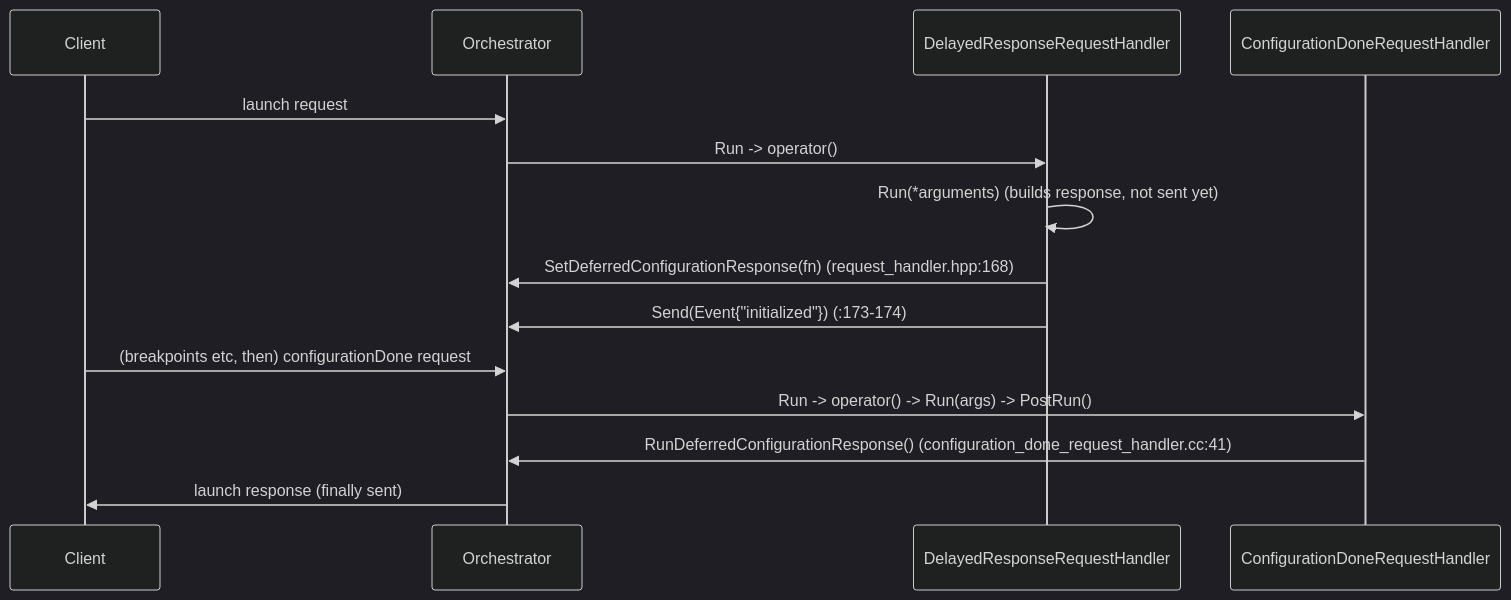
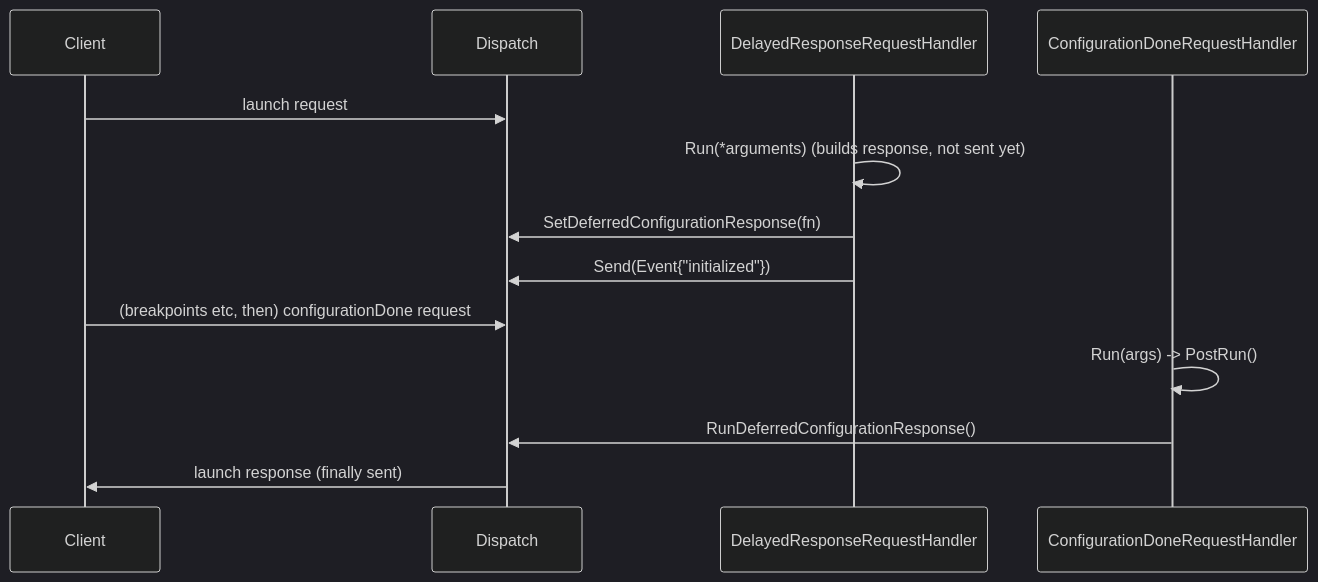
One commit to Hasnaoui-Youssef/trailer_vibes changed the second of 2 diagrams in docs/architecture/03-request-sequence.md. Above: the diagram before and after it, drawn with Mermaid (dark theme). The commit also changed other lines of this file and 132 other files, not shown here.

````diff
--- a/docs/architecture/03-request-sequence.md
+++ b/docs/architecture/03-request-sequence.md
@@ -48,17 +60,16 @@
 ```mermaid
 sequenceDiagram
     participant Client
-    participant Orchestrator
+    participant Dispatch
     participant LaunchHandler as DelayedResponseRequestHandler
     participant ConfigDone as ConfigurationDoneRequestHandler
 
-    Client->>Orchestrator: launch request
-    Orchestrator->>LaunchHandler: Run -> operator()
+    Client->>Dispatch: launch request
     LaunchHandler->>LaunchHandler: Run(*arguments) (builds response, not sent yet)
-    LaunchHandler->>Orchestrator: SetDeferredConfigurationResponse(fn) (request_handler.hpp:168)
-    LaunchHandler->>Orchestrator: Send(Event{"initialized"}) (:173-174)
-    Client->>Orchestrator: (breakpoints etc, then) configurationDone request
-    Orchestrator->>ConfigDone: Run -> operator() -> Run(args) -> PostRun()
-    ConfigDone->>Orchestrator: RunDeferredConfigurationResponse() (configuration_done_request_handler.cc:41)
-    Orchestrator->>Client: launch response (finally sent)
+    LaunchHandler->>Dispatch: SetDeferredConfigurationResponse(fn)
+    LaunchHandler->>Dispatch: Send(Event{"initialized"})
+    Client->>Dispatch: (breakpoints etc, then) configurationDone request
+    ConfigDone->>ConfigDone: Run(args) -> PostRun()
+    ConfigDone->>Dispatch: RunDeferredConfigurationResponse()
+    Dispatch->>Client: launch response (finally sent)
 ```
````
